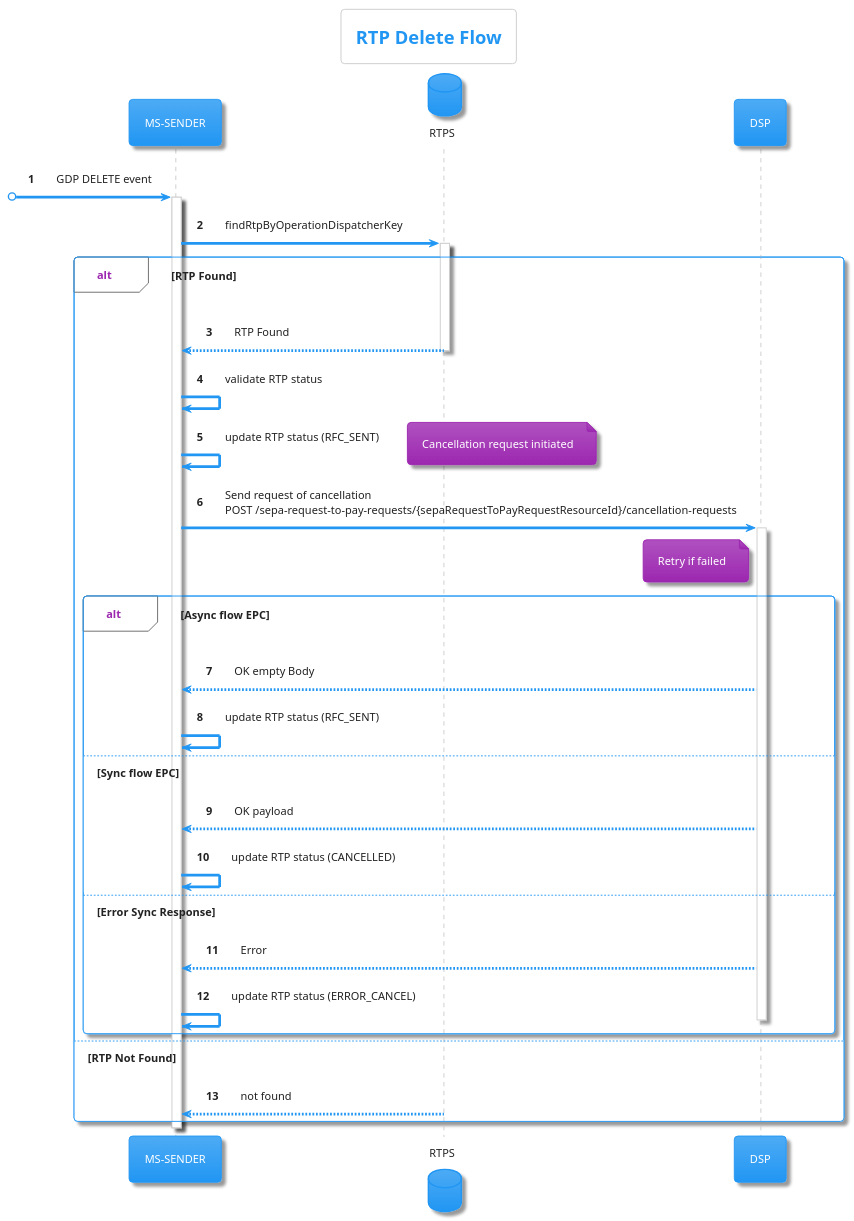
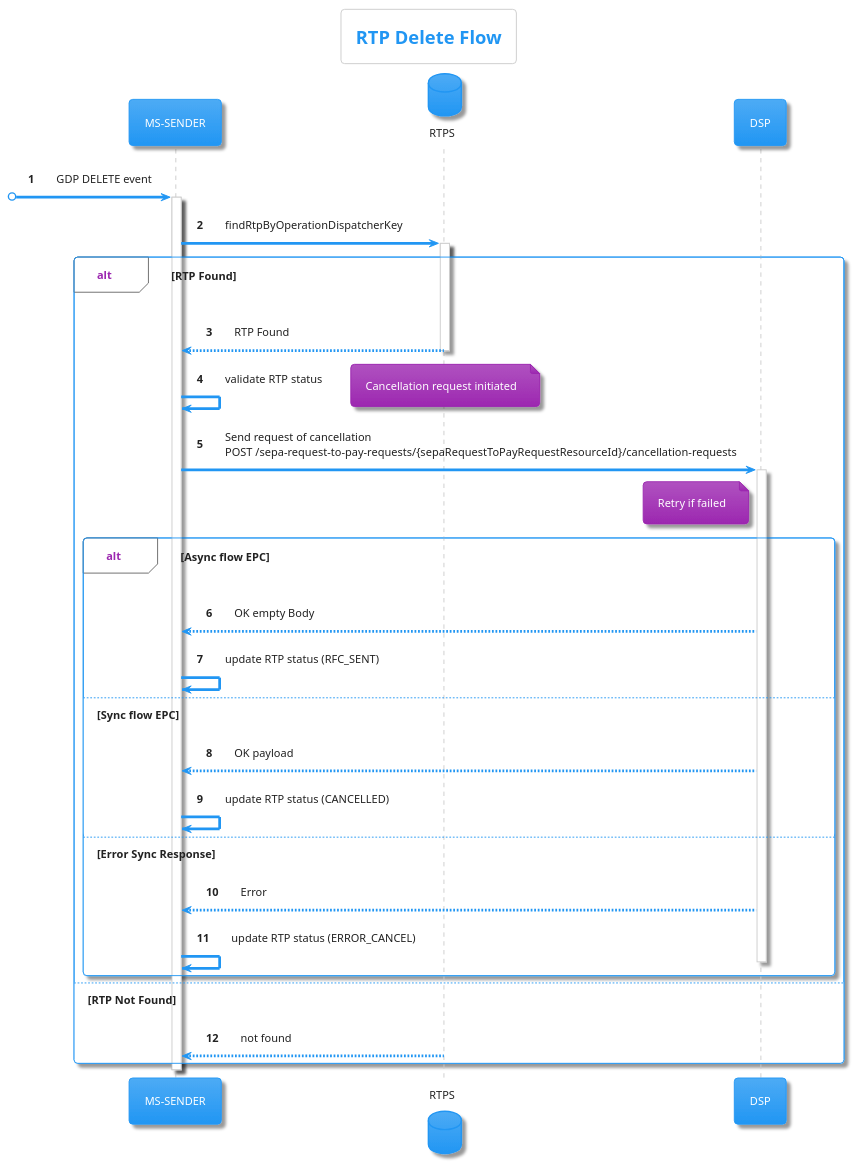
Before and after one commit to pagopa/rtp-docs: the diagram in diagrams/cancel.puml, drawn with PlantUML. The commit also changed 6 other files, not shown here.

```diff
--- a/diagrams/cancel.puml
+++ b/diagrams/cancel.puml
@@ -1,57 +1,56 @@
 @startuml
 ' PlantUML Diagram for RTP Cancellation API
 ' Title: Unified RTP Cancellation Sequence Diagram
 ' Version: 1.0.0
 ' Description: This diagram shows the detailed process for cancelling an RTP,
 '              mixing the API specification with the actual Java service and controller logic.
 
 !theme materia
 
 title RTP Delete Flow
 
 participant "MS-SENDER" as SENDER
 database "RTPS" as SRTP
 participant "DSP" as DSP
 
 autonumber
 
 [o-> SENDER: GDP DELETE event
 
 activate SENDER
 SENDER -> SRTP: findRtpByOperationDispatcherKey
   activate SRTP
 
 alt RTP Found
     SRTP --> SENDER: RTP Found
     deactivate SRTP
     SENDER -> SENDER: validate RTP status
-    SENDER -> SENDER: update RTP status (RFC_SENT)
     note right: Cancellation request initiated
     SENDER -> DSP: Send request of cancellation\nPOST /sepa-request-to-pay-requests/{sepaRequestToPayRequestResourceId}/cancellation-requests
     activate DSP
     note left of DSP
       Retry if failed
     end note
 
     alt Async flow EPC
       DSP --> SENDER: OK empty Body
       SENDER -> SENDER: update RTP status (RFC_SENT)
     else Sync flow EPC
       DSP --> SENDER: OK payload
       SENDER -> SENDER: update RTP status (CANCELLED)
     else Error Sync Response
       DSP --> SENDER: Error
       SENDER -> SENDER: update RTP status (ERROR_CANCEL)
     deactivate DSP
     end Error RFC
 
 
 
 else RTP Not Found
     SRTP --> SENDER: not found
 end
 
 
 deactivate SENDER
 
 @enduml
```
